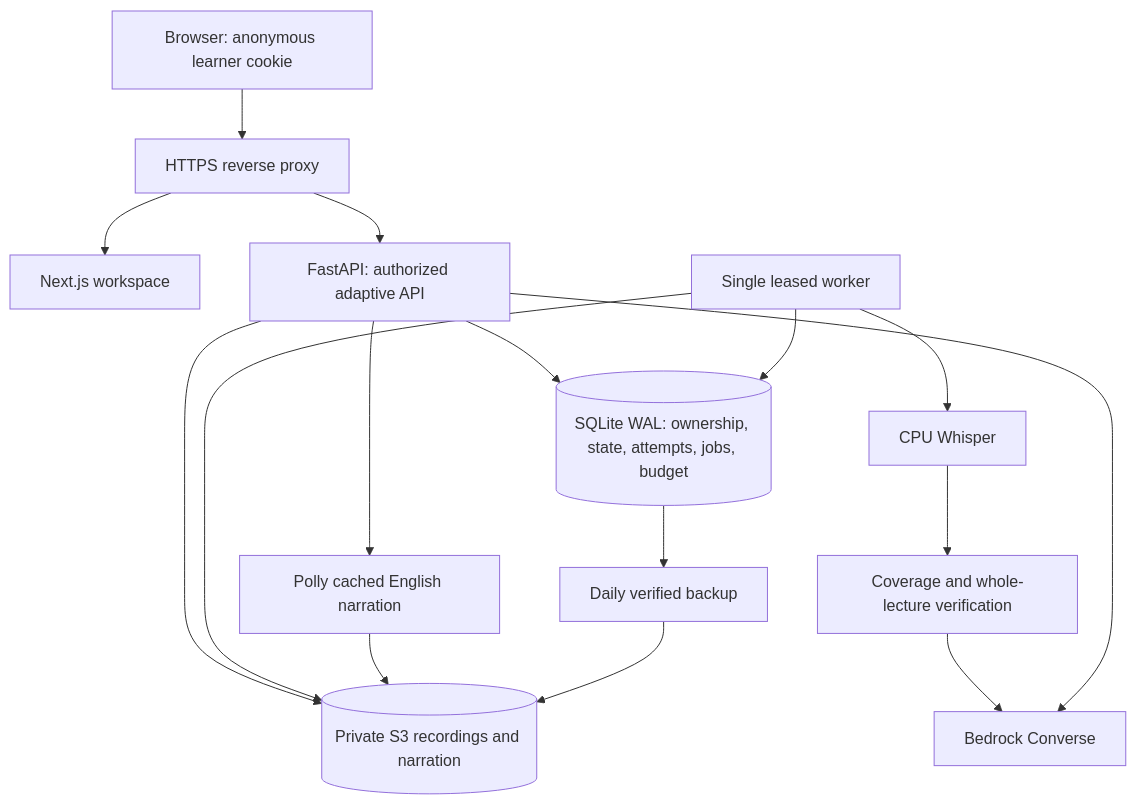
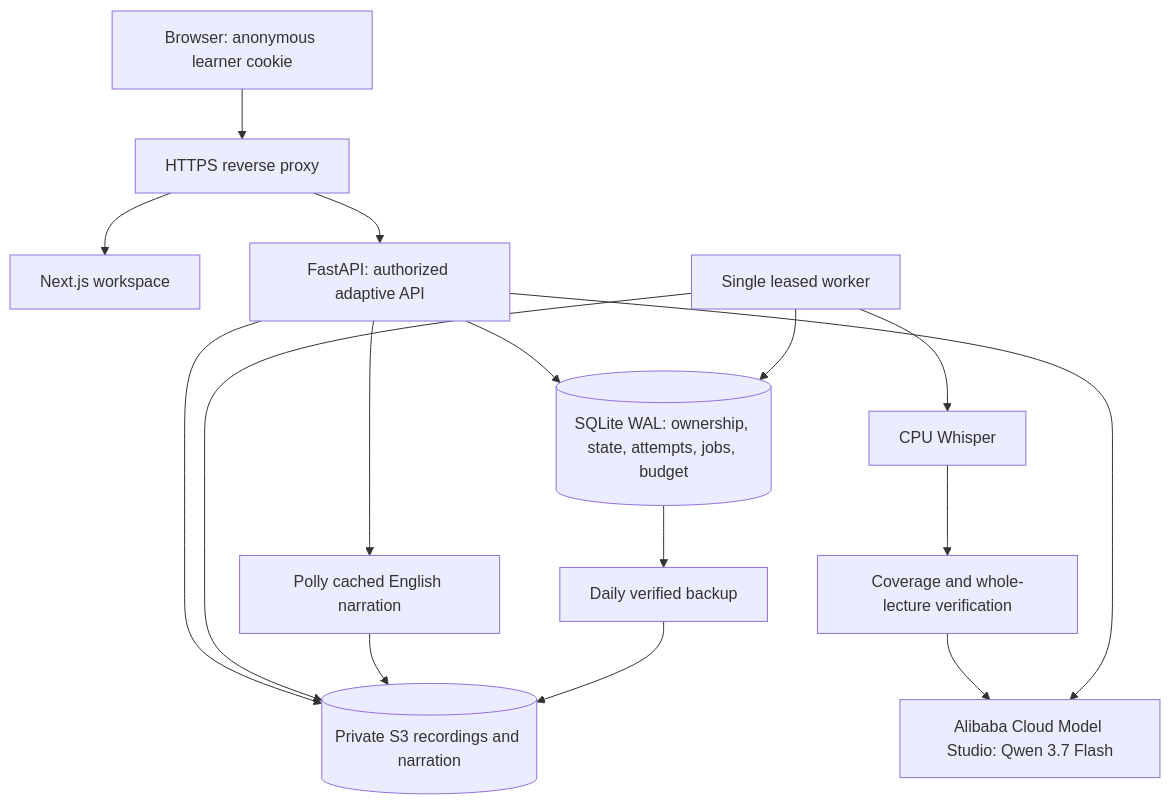
Before and after one commit to U7ama/blindspot-edu: the diagram in docs/ARCHITECTURE.md, drawn with Mermaid. The commit also changed other lines of this file and 2 other files, not shown here.

Commit message:
Describe active external inference and conditional Bedrock plan

````diff
--- a/docs/ARCHITECTURE.md
+++ b/docs/ARCHITECTURE.md
@@ -3,18 +3,18 @@
 ```mermaid
 flowchart TD
     B[Browser: anonymous learner cookie] --> C[HTTPS reverse proxy]
     C --> N[Next.js workspace]
     C --> A[FastAPI: authorized adaptive API]
     A --> D[(SQLite WAL: ownership, state, attempts, jobs, budget)]
     A --> S[(Private S3 recordings and narration)]
     W[Single leased worker] --> D
     W --> S
     W --> T[CPU Whisper]
     T --> P[Coverage and whole-lecture verification]
-    P --> M[Bedrock Converse]
+    P --> M[Alibaba Cloud Model Studio: Qwen 3.7 Flash]
     A --> M
     A --> V[Polly cached English narration]
     V --> S
     D --> K[Daily verified backup]
     K --> S
 ```
````
